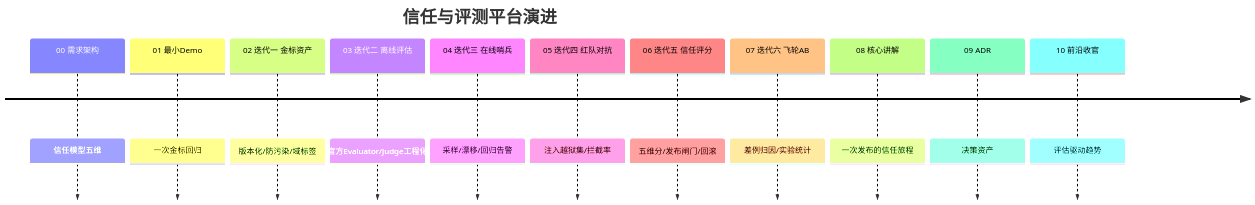
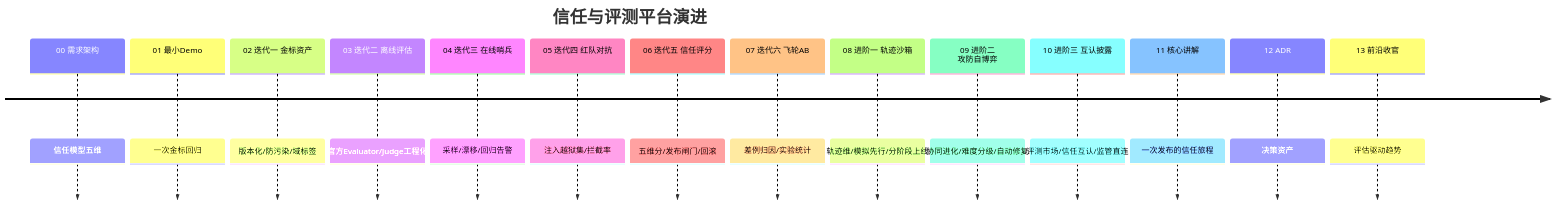
The third of 3 diagrams in docs/项目/19-企业级Agent信任与评测平台/00-需求分析与架构设计.md (UranusGit/java-agent-learn), drawn with Mermaid before and after one commit. The commit also changed other lines of this file and 40 other files, not shown here.

````diff
--- a/docs/项目/19-企业级Agent信任与评测平台/00-需求分析与架构设计.md
+++ b/docs/项目/19-企业级Agent信任与评测平台/00-需求分析与架构设计.md
@@ -92,15 +93,18 @@
 ```mermaid
 timeline
     title 信任与评测平台演进
     00 需求架构 : 信任模型五维
     01 最小Demo : 一次金标回归
     02 迭代一 金标资产 : 版本化/防污染/域标签
     03 迭代二 离线评估 : 官方Evaluator/Judge工程化
     04 迭代三 在线哨兵 : 采样/漂移/回归告警
     05 迭代四 红队对抗 : 注入越狱集/拦截率
     06 迭代五 信任评分 : 五维分/发布闸门/回滚
     07 迭代六 飞轮AB : 差例归因/实验统计
-    08 核心讲解 : 一次发布的信任旅程
-    09 ADR : 决策资产
-    10 前沿收官 : 评估驱动趋势
+    08 进阶一 轨迹沙箱 : 轨迹维/模拟先行/分阶段上线
+    09 进阶二 攻防自博弈 : 协同进化/难度分级/自动修复
+    10 进阶三 互认披露 : 评测市场/信任互认/监管直连
+    11 核心讲解 : 一次发布的信任旅程
+    12 ADR : 决策资产
+    13 前沿收官 : 评估驱动趋势
 ```
````
